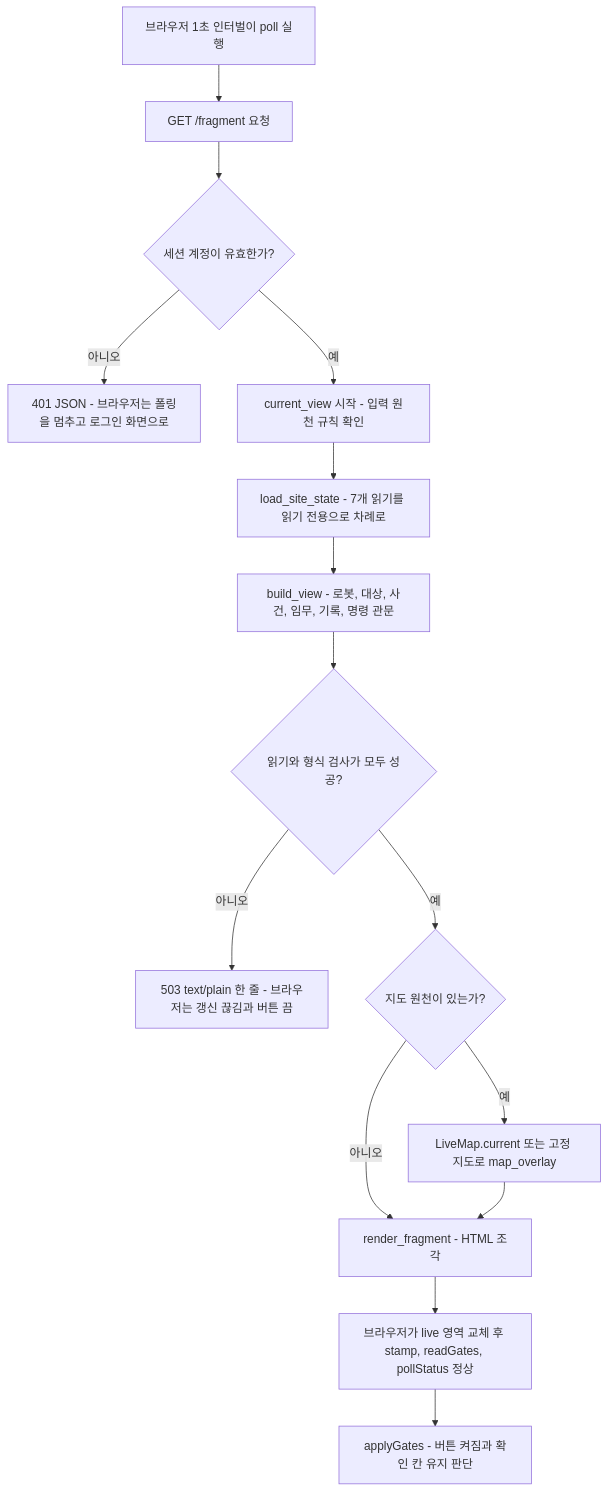
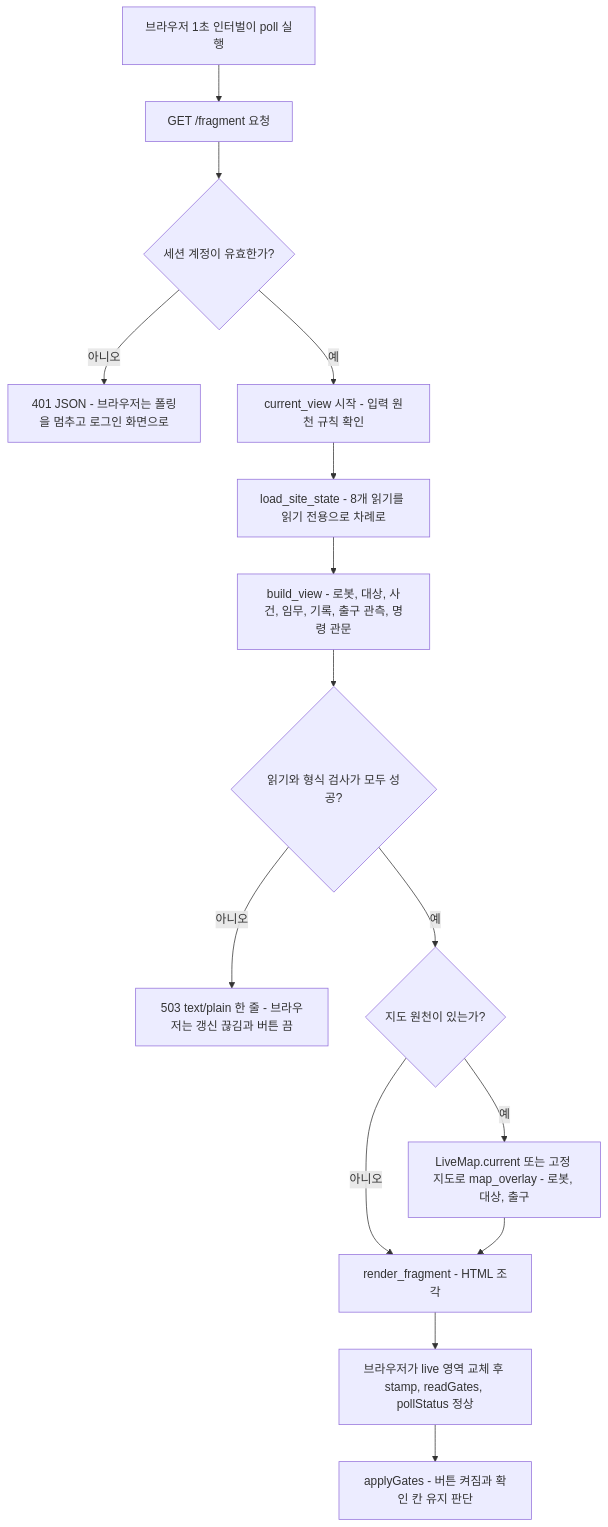
One commit to mi1nn/ROKEY-7-public changed the first of 2 diagrams in docs/design/console-spec.md. Above: the diagram before and after it, drawn with Mermaid. The commit also changed other lines of this file, not shown here.

````diff
--- a/docs/design/console-spec.md
+++ b/docs/design/console-spec.md
@@ -680,17 +700,17 @@
 ```mermaid
 flowchart TD
   A["브라우저 1초 인터벌이 poll 실행"] --> B["GET /fragment 요청"]
   B --> C{"세션 계정이 유효한가?"}
   C -->|아니오| D["401 JSON - 브라우저는 폴링을 멈추고 로그인 화면으로"]
   C -->|예| E["current_view 시작 - 입력 원천 규칙 확인"]
-  E --> F["load_site_state - 7개 읽기를 읽기 전용으로 차례로"]
-  F --> I["build_view - 로봇, 대상, 사건, 임무, 기록, 명령 관문"]
+  E --> F["load_site_state - 8개 읽기를 읽기 전용으로 차례로"]
+  F --> I["build_view - 로봇, 대상, 사건, 임무, 기록, 출구 관측, 명령 관문"]
   I --> G{"읽기와 형식 검사가 모두 성공?"}
   G -->|아니오| H["503 text/plain 한 줄 - 브라우저는 갱신 끊김과 버튼 끔"]
   G -->|예| J{"지도 원천이 있는가?"}
-  J -->|예| K["LiveMap.current 또는 고정 지도로 map_overlay"]
+  J -->|예| K["LiveMap.current 또는 고정 지도로 map_overlay - 로봇, 대상, 출구"]
   J -->|아니오| L["render_fragment - HTML 조각"]
   K --> L
   L --> M["브라우저가 live 영역 교체 후 stamp, readGates, pollStatus 정상"]
   M --> N["applyGates - 버튼 켜짐과 확인 칸 유지 판단"]
 ```
````
